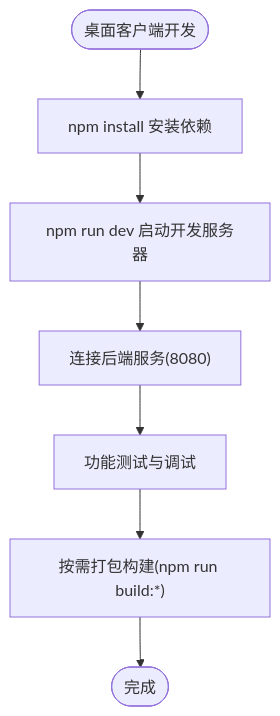
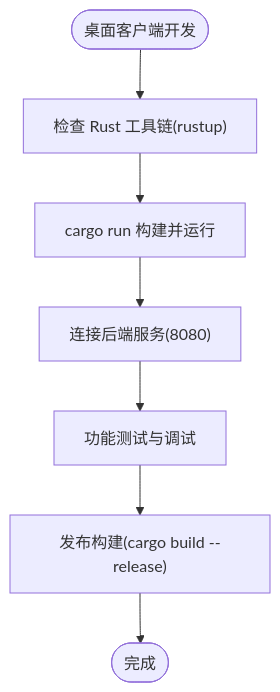
Before and after one commit to PezMax/PezMax-One: the fifth of 6 diagrams in repowiki/zh/content/快速开始.md, drawn with Mermaid. The commit also changed other lines of this file and 12 other files, not shown here.

````diff
--- a/repowiki/zh/content/快速开始.md
+++ b/repowiki/zh/content/快速开始.md
@@ -249,9 +198,9 @@
 ```mermaid
 flowchart TD
-DeskStart(["桌面客户端开发"]) --> Install["npm install 安装依赖"]
-Install --> DevRun["npm run dev 启动开发服务器"]
-DevRun --> Connect["连接后端服务(8080)"]
+DeskStart(["桌面客户端开发"]) --> RustCheck["检查 Rust 工具链(rustup)"]
+RustCheck --> CargoRun["cargo run 构建并运行"]
+CargoRun --> Connect["连接后端服务(8080)"]
 Connect --> Test["功能测试与调试"]
-Test --> Build["按需打包构建(npm run build:*)"]
+Test --> Build["发布构建(cargo build --release)"]
 Build --> End(["完成"])
 ```
````
